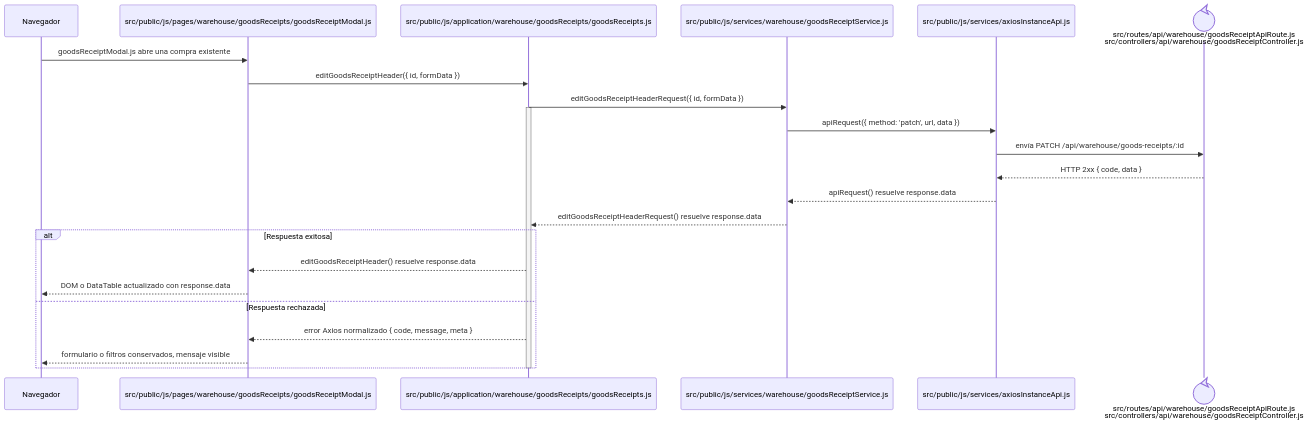
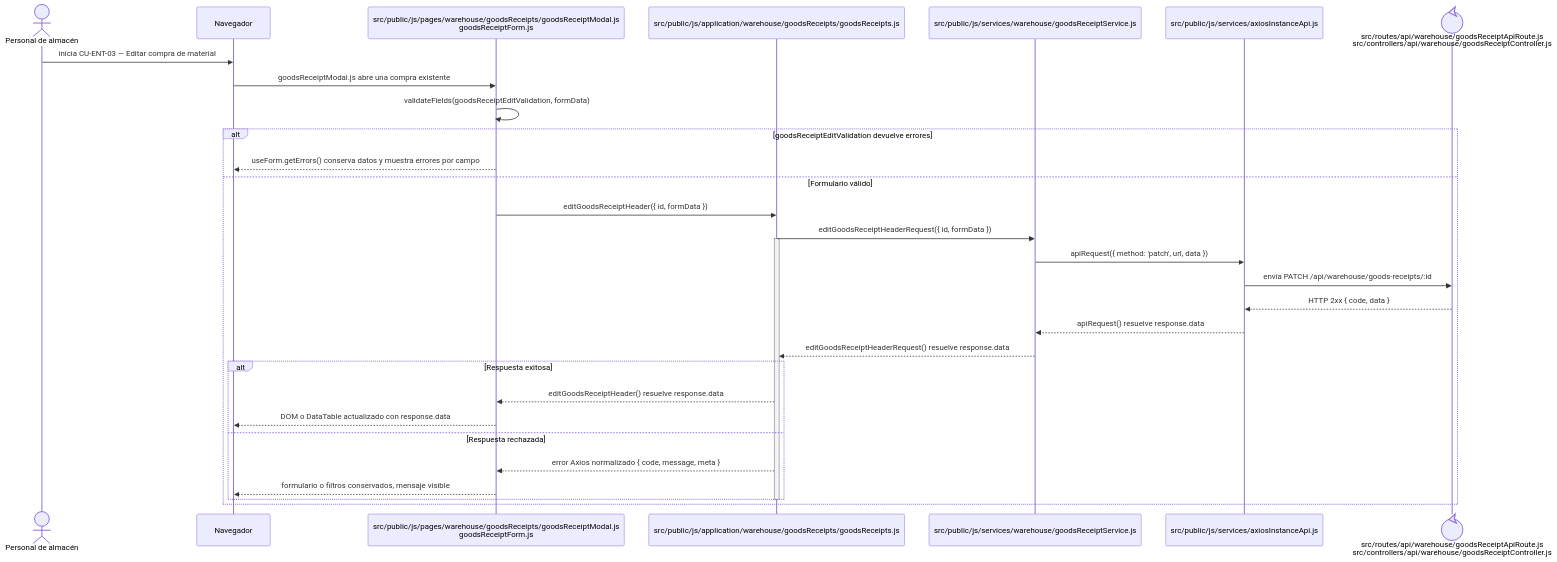
Before and after one commit to gpgsistemas01/nexus: the diagram in docs/architecture/frontend-code-sequences/purchases/cu-ent-03.md, drawn with Mermaid. The commit also changed 105 other files, not shown here.

````diff
--- a/docs/architecture/frontend-code-sequences/purchases/cu-ent-03.md
+++ b/docs/architecture/frontend-code-sequences/purchases/cu-ent-03.md
@@ -6,27 +6,34 @@
 ```mermaid
 sequenceDiagram
+    actor Initiator as Personal de almacén
     participant Browser as Navegador
-    participant View as src/public/js/pages/warehouse/goodsReceipts/goodsReceiptModal.js
+    participant View as src/public/js/pages/warehouse/goodsReceipts/goodsReceiptModal.js<br/>goodsReceiptForm.js
     participant Application as src/public/js/application/warehouse/goodsReceipts/goodsReceipts.js
     participant Request as src/public/js/services/warehouse/goodsReceiptService.js
     participant HTTP as src/public/js/services/axiosInstanceApi.js
     participant Transport@{ "type": "control" } as src/routes/api/warehouse/goodsReceiptApiRoute.js<br/>src/controllers/api/warehouse/goodsReceiptController.js
 
+    Initiator->>Browser: inicia CU-ENT-03 — Editar compra de material
     Browser->>View: goodsReceiptModal.js abre una compra existente
-    View->>Application: editGoodsReceiptHeader({ id, formData })
-    Application->>Request: editGoodsReceiptHeaderRequest({ id, formData })
-    activate Application
-    Request->>HTTP: apiRequest({ method: 'patch', url, data })
-    HTTP->>Transport: envía PATCH /api/warehouse/goods-receipts/:id
-    Transport-->>HTTP: HTTP 2xx { code, data }
-    HTTP-->>Request: apiRequest() resuelve response.data
-    Request-->>Application: editGoodsReceiptHeaderRequest() resuelve response.data
-    alt Respuesta exitosa
-        Application-->>View: editGoodsReceiptHeader() resuelve response.data
-        View-->>Browser: DOM o DataTable actualizado con response.data
-    else Respuesta rechazada
-        Application-->>View: error Axios normalizado { code, message, meta }
-        View-->>Browser: formulario o filtros conservados, mensaje visible
+    View->>View: validateFields(goodsReceiptEditValidation, formData)
+    alt goodsReceiptEditValidation devuelve errores
+        View-->>Browser: useForm.getErrors() conserva datos y muestra errores por campo
+    else Formulario válido
+        View->>Application: editGoodsReceiptHeader({ id, formData })
+        Application->>Request: editGoodsReceiptHeaderRequest({ id, formData })
+        activate Application
+        Request->>HTTP: apiRequest({ method: 'patch', url, data })
+        HTTP->>Transport: envía PATCH /api/warehouse/goods-receipts/:id
+        Transport-->>HTTP: HTTP 2xx { code, data }
+        HTTP-->>Request: apiRequest() resuelve response.data
+        Request-->>Application: editGoodsReceiptHeaderRequest() resuelve response.data
+        alt Respuesta exitosa
+            Application-->>View: editGoodsReceiptHeader() resuelve response.data
+            View-->>Browser: DOM o DataTable actualizado con response.data
+        else Respuesta rechazada
+            Application-->>View: error Axios normalizado { code, message, meta }
+            View-->>Browser: formulario o filtros conservados, mensaje visible
+        end
+        deactivate Application
     end
-    deactivate Application
 ```
````
